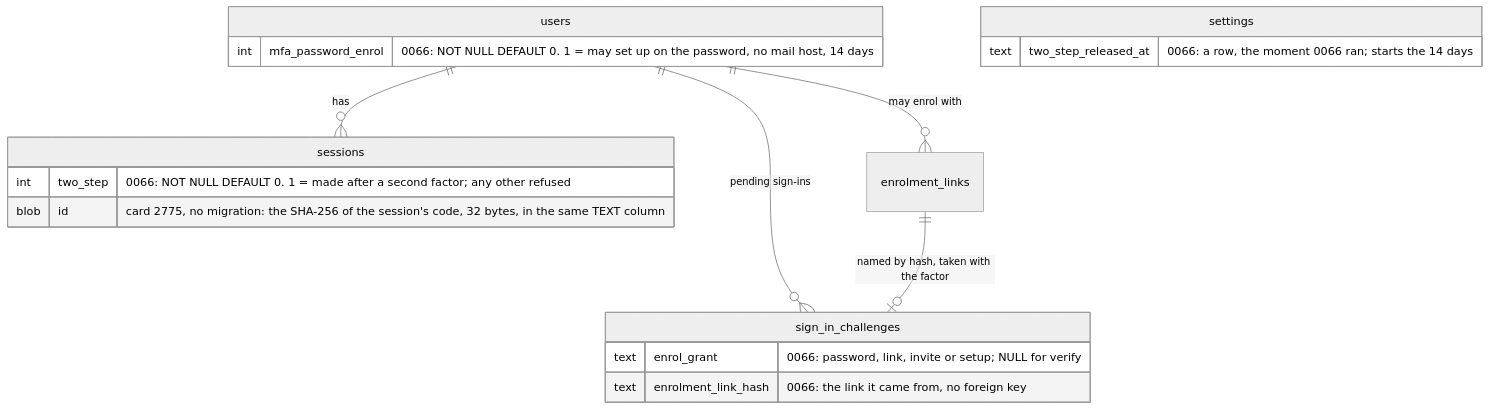
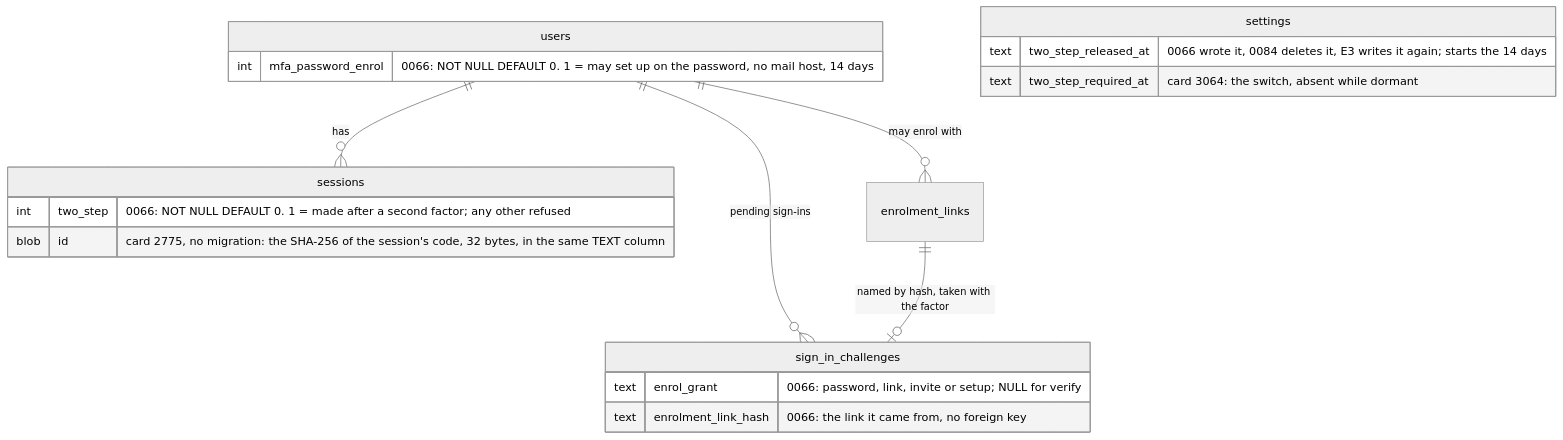
Before and after one commit to gitBoon/DumpFire: diagram 20 of 60 in docs/data-model.md, drawn with Mermaid (neutral theme). The commit also changed other lines of this file and 123 other files, not shown here.

````diff
--- a/docs/data-model.md
+++ b/docs/data-model.md
@@ -1781,21 +1790,22 @@
 ```mermaid
 erDiagram
     users ||--o{ sessions : has
     users ||--o{ sign_in_challenges : "pending sign-ins"
     users ||--o{ enrolment_links : "may enrol with"
     enrolment_links ||--o| sign_in_challenges : "named by hash, taken with the factor"
     users {
         int mfa_password_enrol "0066: NOT NULL DEFAULT 0. 1 = may set up on the password, no mail host, 14 days"
     }
     sessions {
         int two_step "0066: NOT NULL DEFAULT 0. 1 = made after a second factor; any other refused"
         blob id "card 2775, no migration: the SHA-256 of the session's code, 32 bytes, in the same TEXT column"
     }
     sign_in_challenges {
         text enrol_grant "0066: password, link, invite or setup; NULL for verify"
         text enrolment_link_hash "0066: the link it came from, no foreign key"
     }
     settings {
-        text two_step_released_at "0066: a row, the moment 0066 ran; starts the 14 days"
+        text two_step_released_at "0066 wrote it, 0084 deletes it, E3 writes it again; starts the 14 days"
+        text two_step_required_at "card 3064: the switch, absent while dormant"
     }
 ```
````
